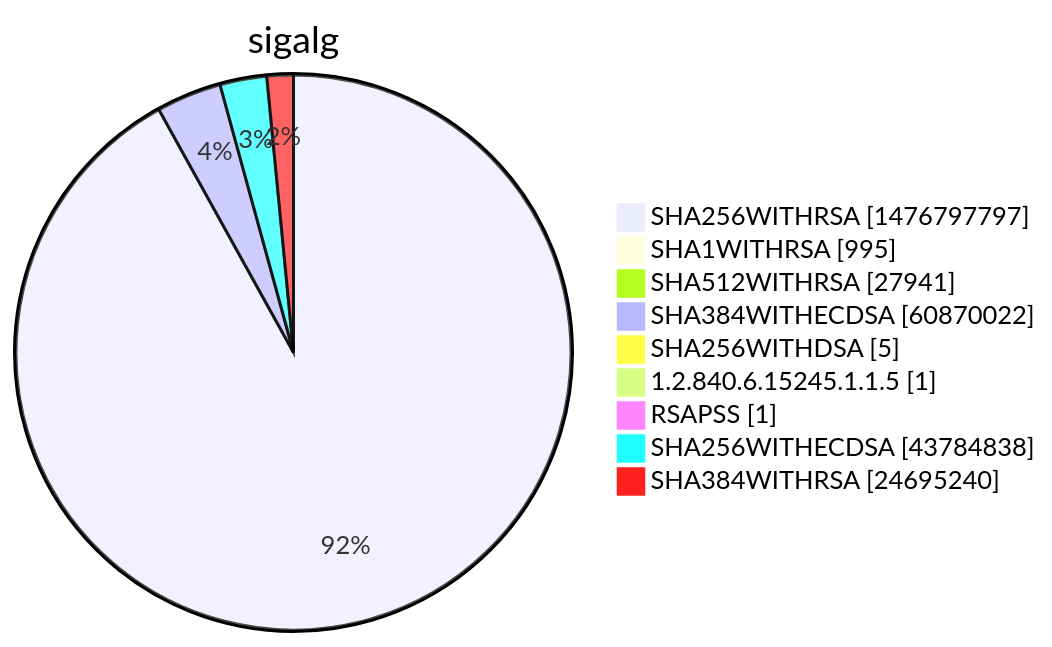
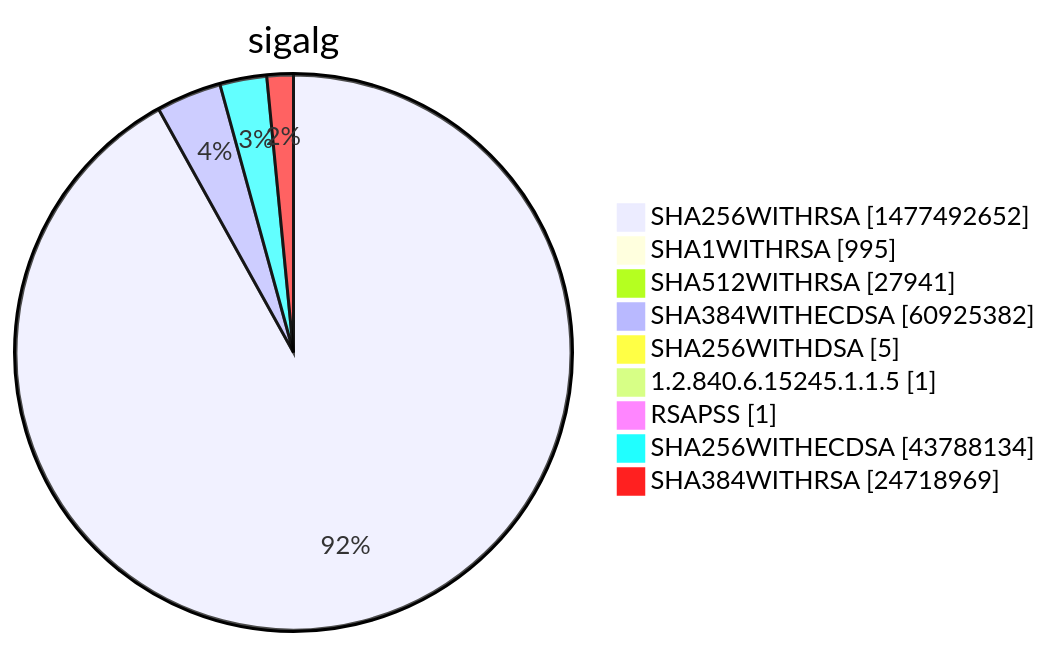
Before and after one commit to christiankrug/ctmonitor_visualization: diagram 15 of 15 in xenon2022/README.md, drawn with Mermaid. The commit also changed other lines of this file, not shown here.

````diff
--- a/xenon2022/README.md
+++ b/xenon2022/README.md
@@ -5863,13 +5863,13 @@
 ```mermaid
 pie showData
 title sigalg
-"SHA256WITHRSA" :1476797797
+"SHA256WITHRSA" :1477492652
 "SHA1WITHRSA" :995
 "SHA512WITHRSA" :27941
-"SHA384WITHECDSA" :60870022
+"SHA384WITHECDSA" :60925382
 "SHA256WITHDSA" :5
 "1.2.840.6.15245.1.1.5" :1
 "RSAPSS" :1
-"SHA256WITHECDSA" :43784838
-"SHA384WITHRSA" :24695240
+"SHA256WITHECDSA" :43788134
+"SHA384WITHRSA" :24718969
 ```
````
